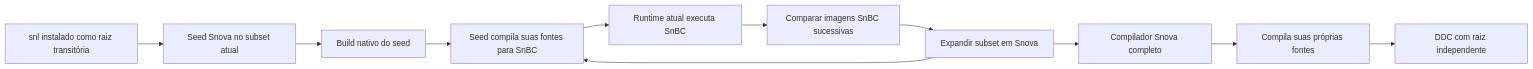
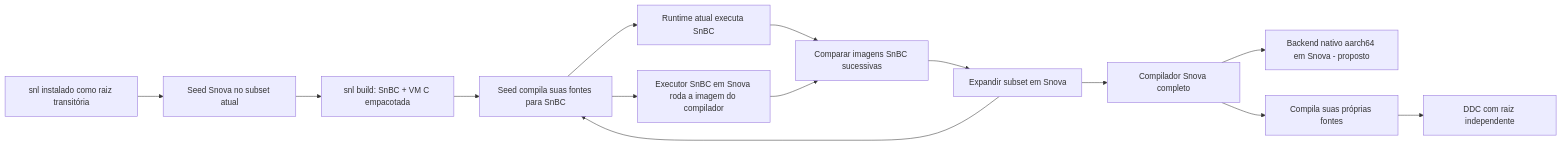
Before and after one commit to moislang/moil: the diagram in docs/diagrams/bootstrap.mmd, drawn with Mermaid. The commit also changed 39 other files, not shown here.

First line of the commit message:
Add full SnBC executor and N1 native backend in Snova

```diff
--- a/docs/diagrams/bootstrap.mmd
+++ b/docs/diagrams/bootstrap.mmd
@@ -1,11 +1,14 @@
 flowchart LR
   H[snl instalado como raiz transitória] --> K[Seed Snova no subset atual]
-  K --> C1[Build nativo do seed]
+  K --> C1[snl build: SnBC + VM C empacotada]
   C1 --> C2[Seed compila suas fontes para SnBC]
   C2 --> R[Runtime atual executa SnBC]
   R --> FP[Comparar imagens SnBC sucessivas]
+  C2 --> VM[Executor SnBC em Snova roda a imagem do compilador]
+  VM --> FP
+  CN --> NAT[Backend nativo aarch64 em Snova - proposto]
   FP --> C3[Expandir subset em Snova]
   C3 --> C2
   C3 --> CN[Compilador Snova completo]
   CN --> SELF[Compila suas próprias fontes]
   SELF --> DDC[DDC com raiz independente]
```
